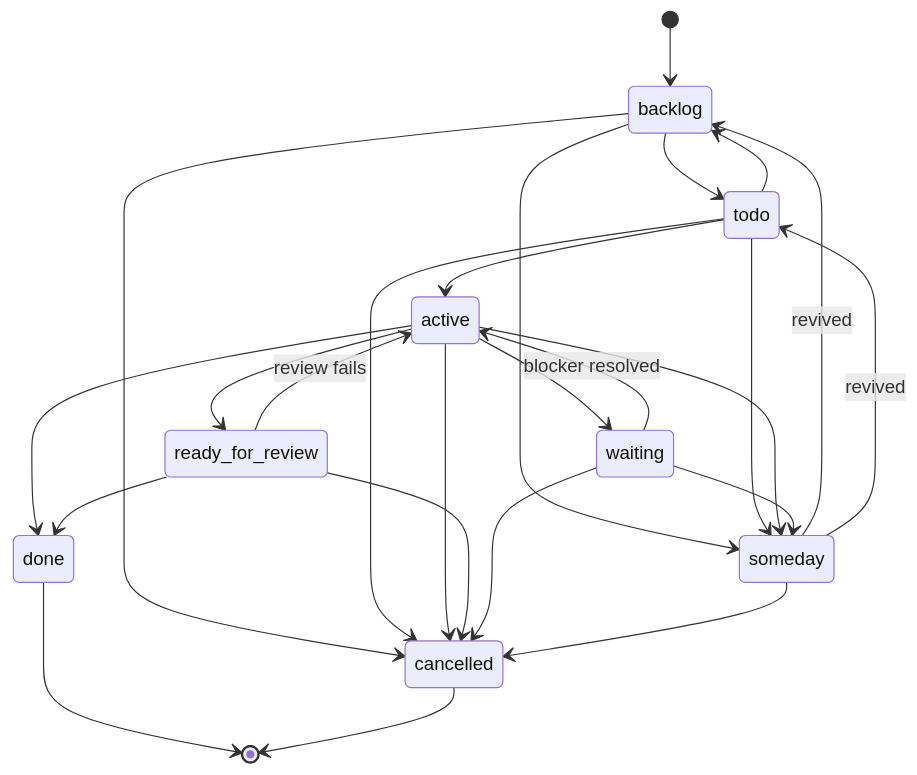
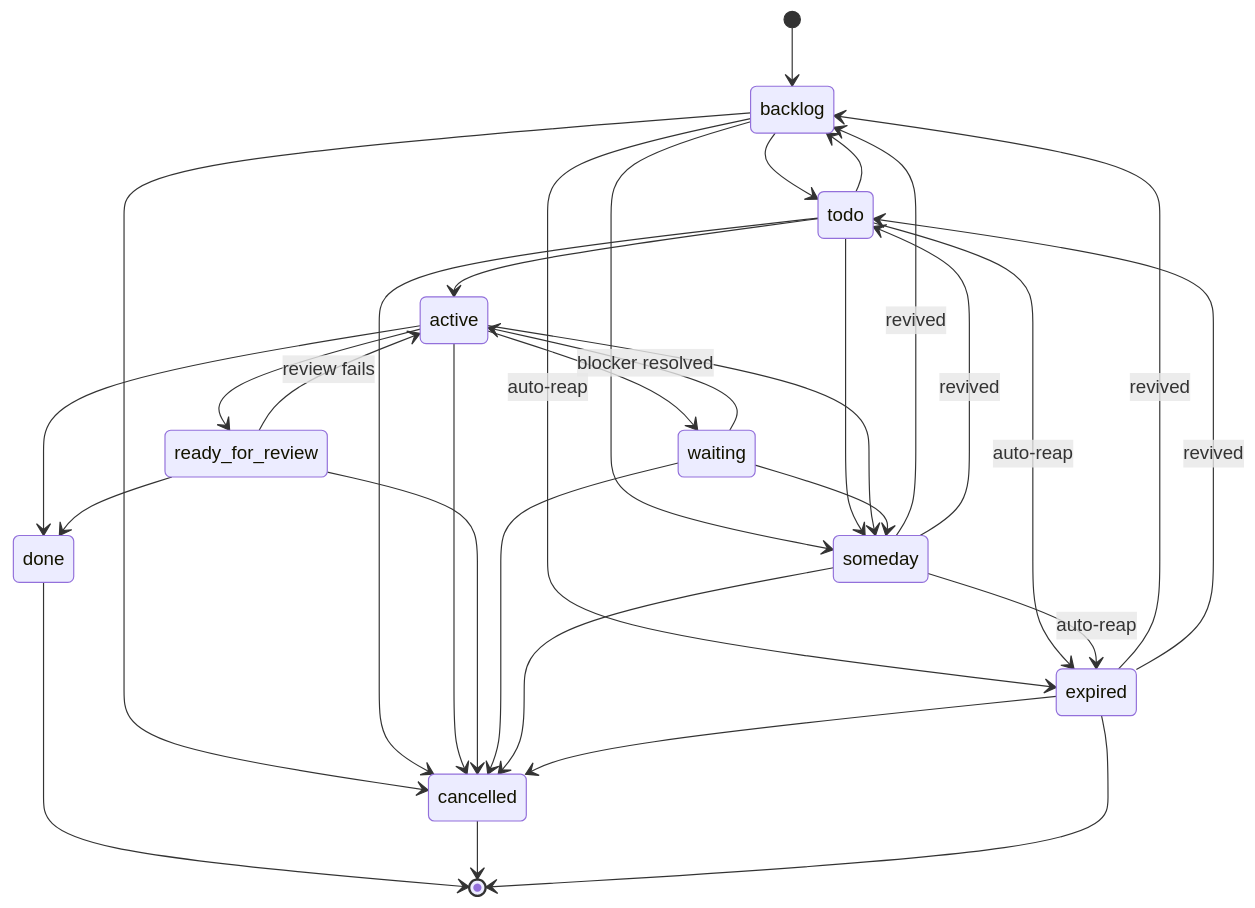
The diagram in packages/gptodo/README.md (gptme/gptme-contrib), drawn with Mermaid before and after one commit. The commit also changed other lines of this file and 4 other files, not shown here.

First line of the commit message:
feat(gptodo): add `expire` command + `expired` state for auto-reaping stale tasks

````diff
--- a/packages/gptodo/README.md
+++ b/packages/gptodo/README.md
@@ -212,27 +219,34 @@
 ```mermaid
 stateDiagram-v2
     [*] --> backlog
     backlog --> todo
     backlog --> someday
     backlog --> cancelled
     todo --> active
     todo --> backlog
     todo --> someday
     todo --> cancelled
     active --> ready_for_review
     active --> waiting
     active --> someday
     active --> done
     active --> cancelled
     ready_for_review --> active : review fails
     ready_for_review --> done
     ready_for_review --> cancelled
     waiting --> active : blocker resolved
     waiting --> someday
     waiting --> cancelled
     someday --> backlog : revived
     someday --> todo : revived
     someday --> cancelled
+    backlog --> expired : auto-reap
+    todo --> expired : auto-reap
+    someday --> expired : auto-reap
+    expired --> backlog : revived
+    expired --> todo : revived
+    expired --> cancelled
     done --> [*]
     cancelled --> [*]
+    expired --> [*]
 ```
````
